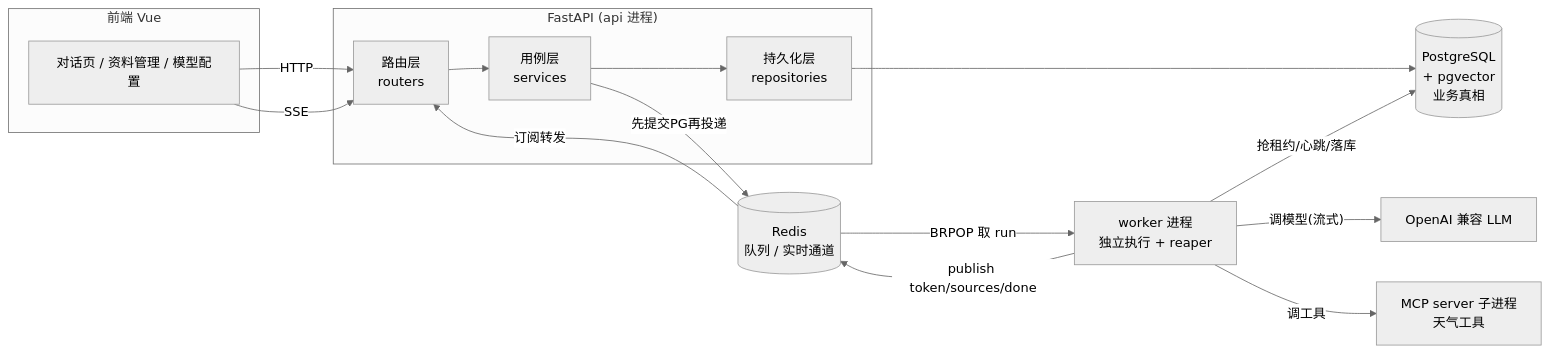
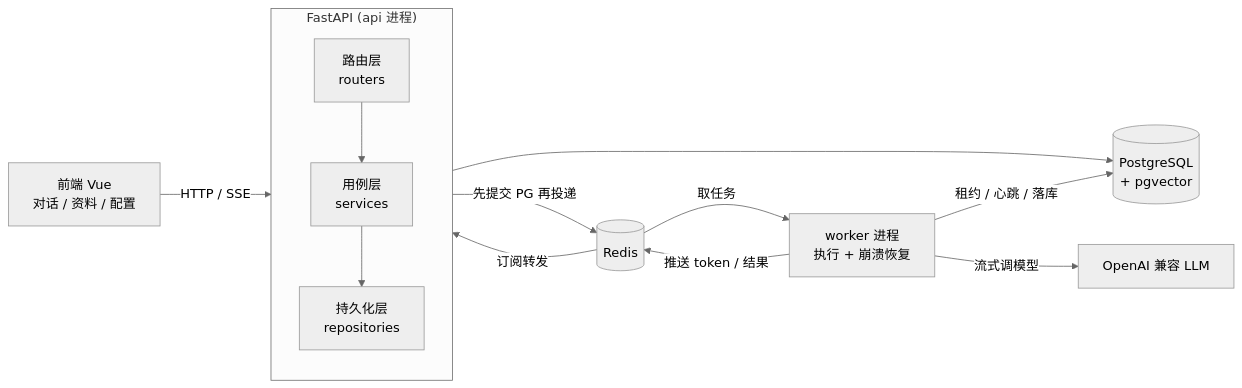
One commit to angshihan777-droid/Ragent changed the first of 4 diagrams in README.md. Above: the diagram before and after it, drawn with Mermaid (neutral theme). The commit also changed other lines of this file, not shown here.

Commit message:
docs: 精简 README,面向外部读者,仅保留亮点部分的横向流程图

````diff
--- a/README.md
+++ b/README.md
@@ -31,27 +32,21 @@
 ```mermaid
 flowchart LR
-    subgraph 前端["前端 Vue"]
-        UI[对话页 / 资料管理 / 模型配置]
+    UI["前端 Vue<br/>对话 / 资料 / 配置"]
+    subgraph 后端["FastAPI (api 进程)"]
+        direction TB
+        R["路由层<br/>routers"] --> S["用例层<br/>services"] --> Repo["持久化层<br/>repositories"]
     end
-    subgraph 后端["FastAPI (api 进程)"]
-        R[路由层<br/>routers]
-        S[用例层<br/>services]
-        Repo[持久化层<br/>repositories]
-    end
-    W[worker 进程<br/>独立执行 + reaper]
-    PG[(PostgreSQL<br/>+ pgvector<br/>业务真相)]
-    RD[(Redis<br/>队列 / 实时通道)]
-    LLM[OpenAI 兼容 LLM]
-    MCP[MCP server 子进程<br/>天气工具]
+    W["worker 进程<br/>执行 + 崩溃恢复"]
+    PG[("PostgreSQL<br/>+ pgvector")]
+    RD[("Redis")]
+    LLM["OpenAI 兼容 LLM"]
 
-    UI -- HTTP --> R
-    UI -- SSE --> R
-    R --> S --> Repo --> PG
-    S -- 先提交PG再投递 --> RD
-    RD -- BRPOP 取 run --> W
-    W -- 抢租约/心跳/落库 --> PG
-    W -- 调模型(流式) --> LLM
-    W -- 调工具 --> MCP
-    W -- publish token/sources/done --> RD
-    RD -- 订阅转发 --> R
+    UI -- "HTTP / SSE" --> R
+    Repo --> PG
+    S -- "先提交 PG 再投递" --> RD
+    RD -- "取任务" --> W
+    W -- "租约 / 心跳 / 落库" --> PG
+    W -- "流式调模型" --> LLM
+    W -- "推送 token / 结果" --> RD
+    RD -- "订阅转发" --> R
 ```
````
